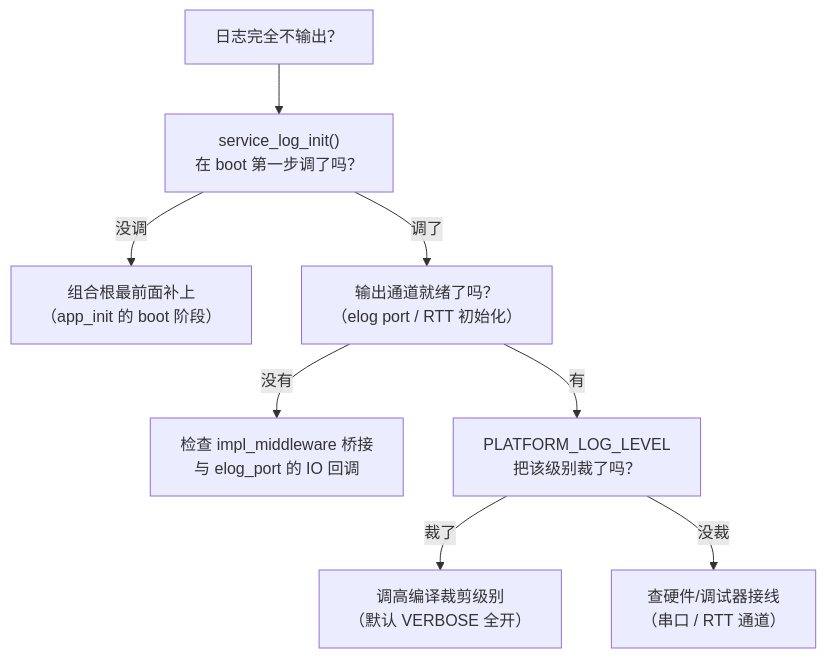
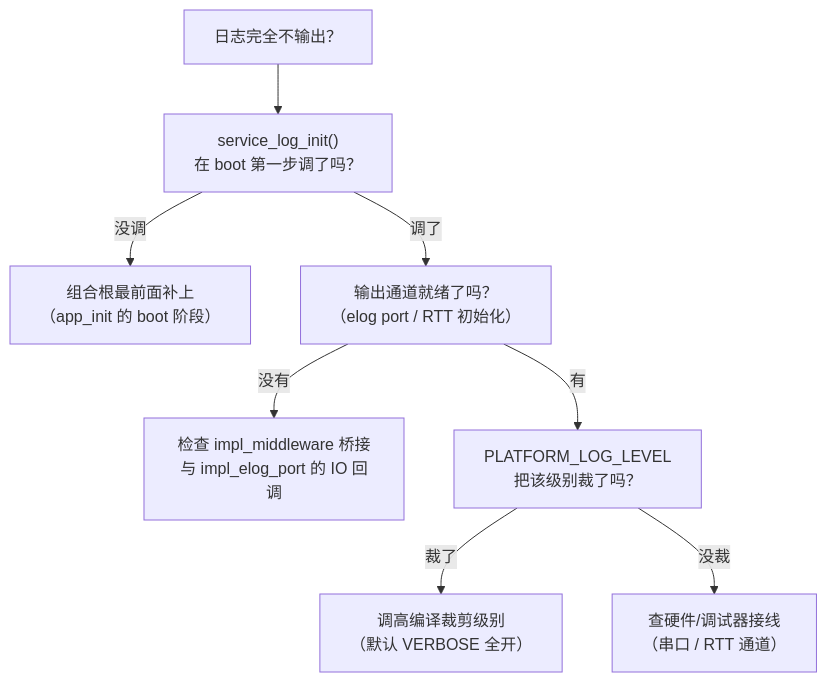
The fourth of 4 diagrams in docs/architecture/log-diag-design-thinking.md (shuai-yemao/mcu-workbench), drawn with Mermaid before and after one commit. The commit also changed other lines of this file and 11 other files, not shown here.

````diff
--- a/docs/architecture/log-diag-design-thinking.md
+++ b/docs/architecture/log-diag-design-thinking.md
@@ -159,10 +159,10 @@
 ```mermaid
 flowchart TD
     Q["日志完全不输出？"] --> Q1["service_log_init()<br/>在 boot 第一步调了吗？"]
     Q1 -->|"没调"| A1["组合根最前面补上<br/>（app_init 的 boot 阶段）"]
     Q1 -->|"调了"| Q2["输出通道就绪了吗？<br/>（elog port / RTT 初始化）"]
-    Q2 -->|"没有"| A2["检查 impl_middleware 桥接<br/>与 elog_port 的 IO 回调"]
+    Q2 -->|"没有"| A2["检查 impl_middleware 桥接<br/>与 impl_elog_port 的 IO 回调"]
     Q2 -->|"有"| Q3["PLATFORM_LOG_LEVEL<br/>把该级别裁了吗？"]
     Q3 -->|"裁了"| A3["调高编译裁剪级别<br/>（默认 VERBOSE 全开）"]
     Q3 -->|"没裁"| A4["查硬件/调试器接线<br/>（串口 / RTT 通道）"]
 ```
````
